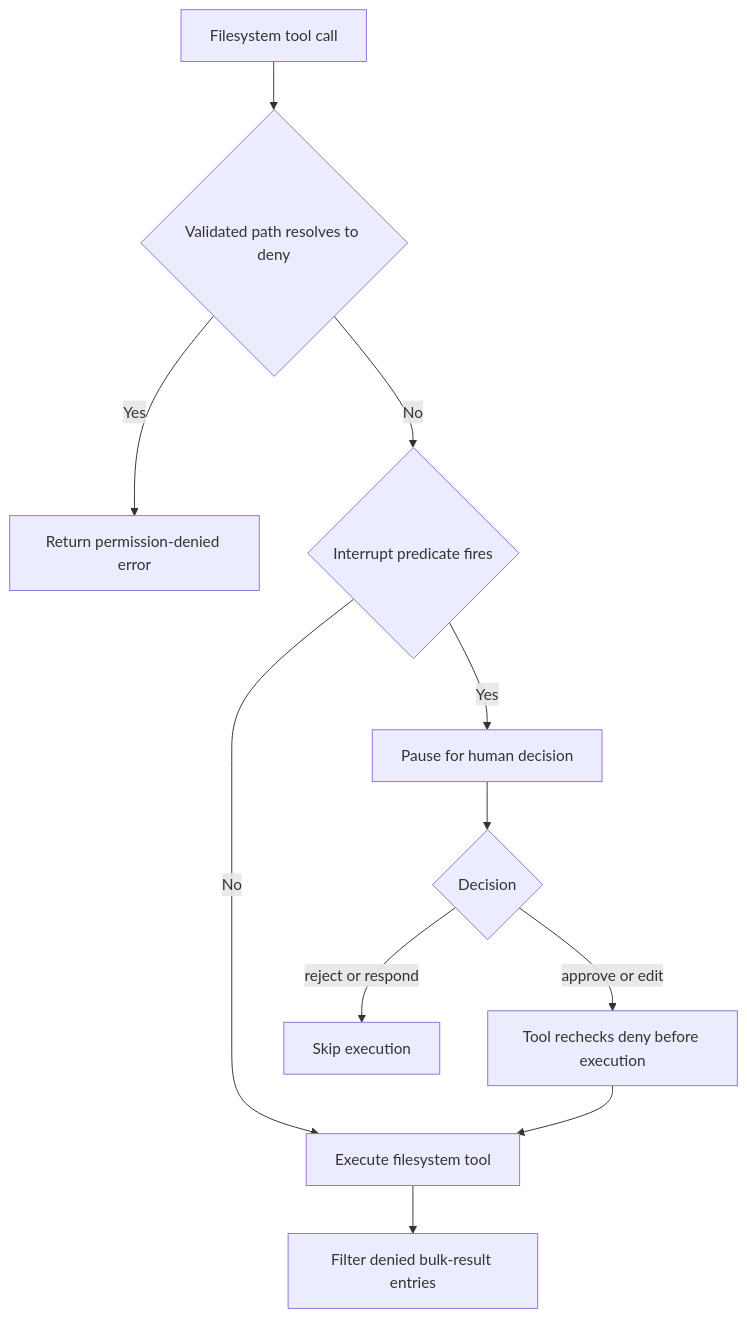
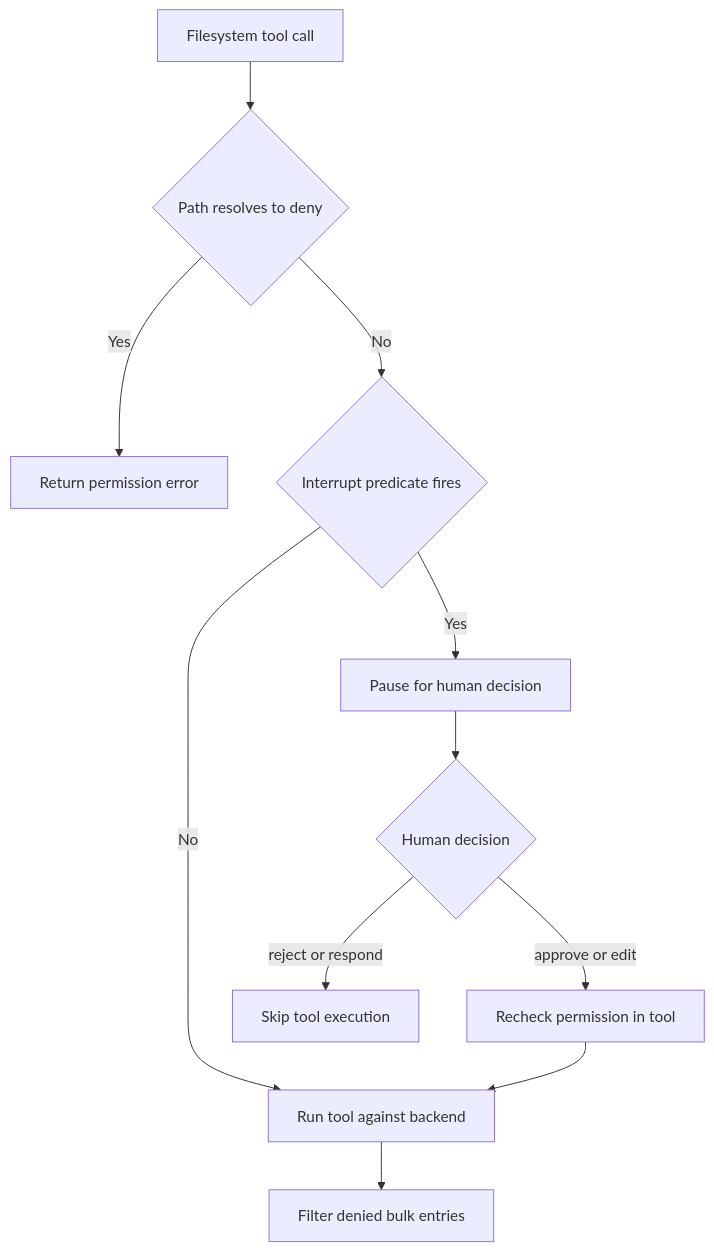
The first of 2 diagrams in openwiki/concepts/permissions-hitl.md (jkennedyvz/deepagents), drawn with Mermaid before and after one commit. The commit also changed other lines of this file and 63 other files, not shown here.

````diff
--- a/openwiki/concepts/permissions-hitl.md
+++ b/openwiki/concepts/permissions-hitl.md
@@ -79,13 +85,13 @@
 ```mermaid
 flowchart TD
-    Call["Filesystem tool call"] --> Check{"Validated path resolves to deny"}
-    Check -->|Yes| Denied["Return permission-denied error"]
-    Check -->|No| Gate{"Interrupt predicate fires"}
-    Gate -->|No| Execute["Execute filesystem tool"]
-    Gate -->|Yes| Pause["Pause for human decision"]
-    Pause --> Decision{"Decision"}
-    Decision -->|approve or edit| Recheck["Tool rechecks deny before execution"]
-    Decision -->|reject or respond| Skip["Skip execution"]
-    Recheck --> Execute
-    Execute --> Filter["Filter denied bulk-result entries"]
+    Call["Filesystem tool call"] --> DenyCheck{"Path resolves to deny"}
+    DenyCheck -->|Yes| Denied["Return permission error"]
+    DenyCheck -->|No| InterruptCheck{"Interrupt predicate fires"}
+    InterruptCheck -->|No| Run["Run tool against backend"]
+    InterruptCheck -->|Yes| Pause["Pause for human decision"]
+    Pause --> Decision{"Human decision"}
+    Decision -->|approve or edit| Recheck["Recheck permission in tool"]
+    Decision -->|reject or respond| Skip["Skip tool execution"]
+    Recheck --> Run
+    Run --> Filter["Filter denied bulk entries"]
 ```
````
